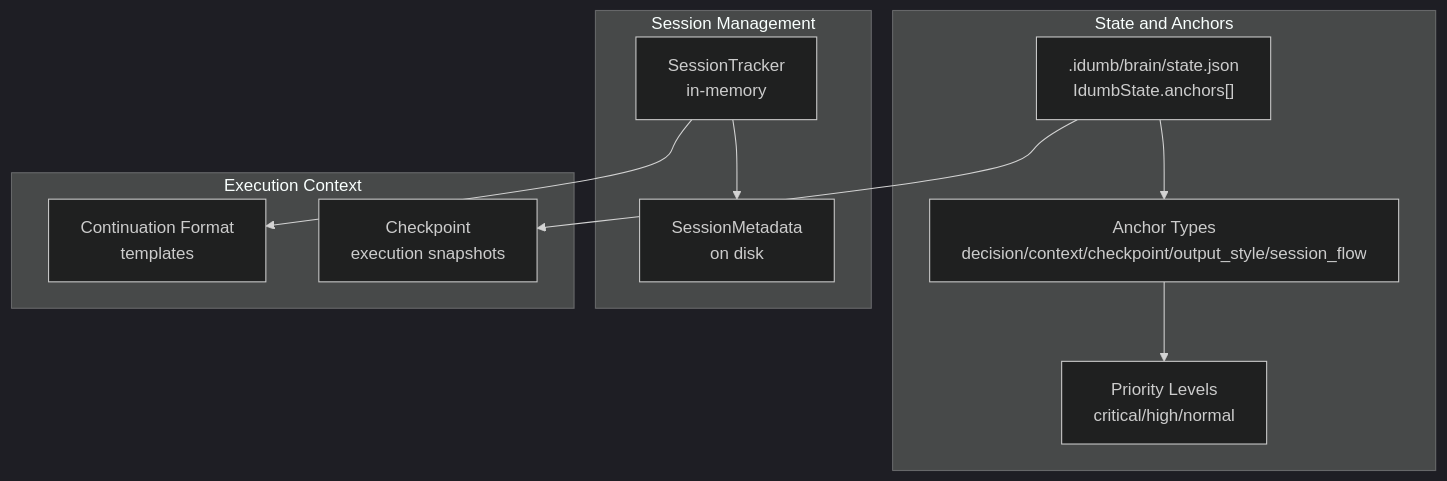
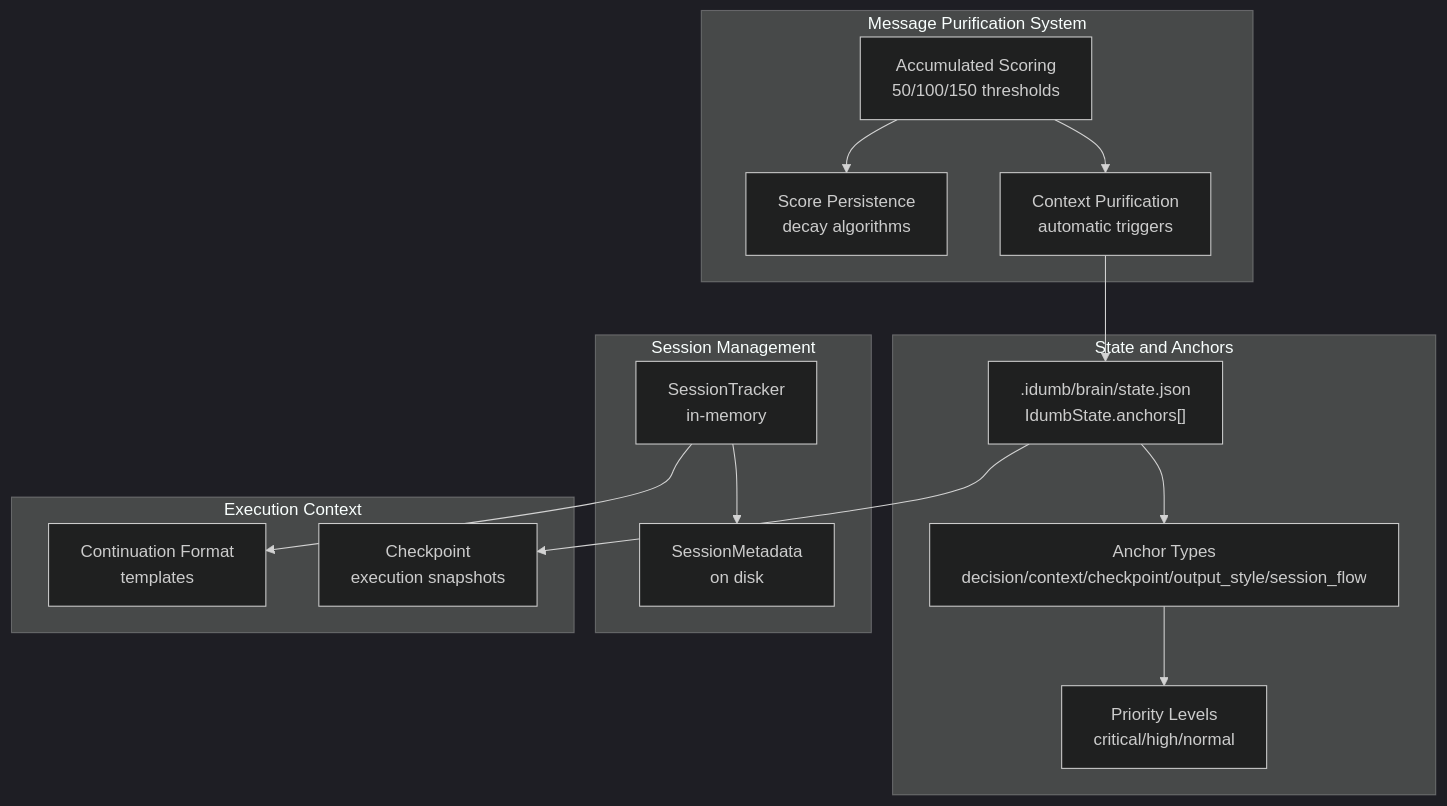
Before and after one commit to shynlee04/idumb-plugin: the first of 10 diagrams in .qoder/repowiki/en/content/State Management/Context Preservation.md, drawn with Mermaid (dark theme). The commit also changed other lines of this file and 19 other files, not shown here.

````diff
--- a/.qoder/repowiki/en/content/State Management/Context Preservation.md
+++ b/.qoder/repowiki/en/content/State Management/Context Preservation.md
@@ -41,21 +54,29 @@
 ```mermaid
 graph TB
 subgraph "State and Anchors"
 A[".idumb/brain/state.json<br/>IdumbState.anchors[]"]
 B["Anchor Types<br/>decision/context/checkpoint/output_style/session_flow"]
 C["Priority Levels<br/>critical/high/normal"]
 end
 subgraph "Session Management"
 D["SessionTracker<br/>in-memory"]
 E["SessionMetadata<br/>on disk"]
 end
 subgraph "Execution Context"
 F["Checkpoint<br/>execution snapshots"]
 G["Continuation Format<br/>templates"]
 end
+subgraph "Message Purification System"
+H["Accumulated Scoring<br/>50/100/150 thresholds"]
+I["Context Purification<br/>automatic triggers"]
+J["Score Persistence<br/>decay algorithms"]
+end
 A --> B
 B --> C
 D --> E
 A --> F
 D --> G
+H --> I
+H --> J
+I --> A
 ```
````
